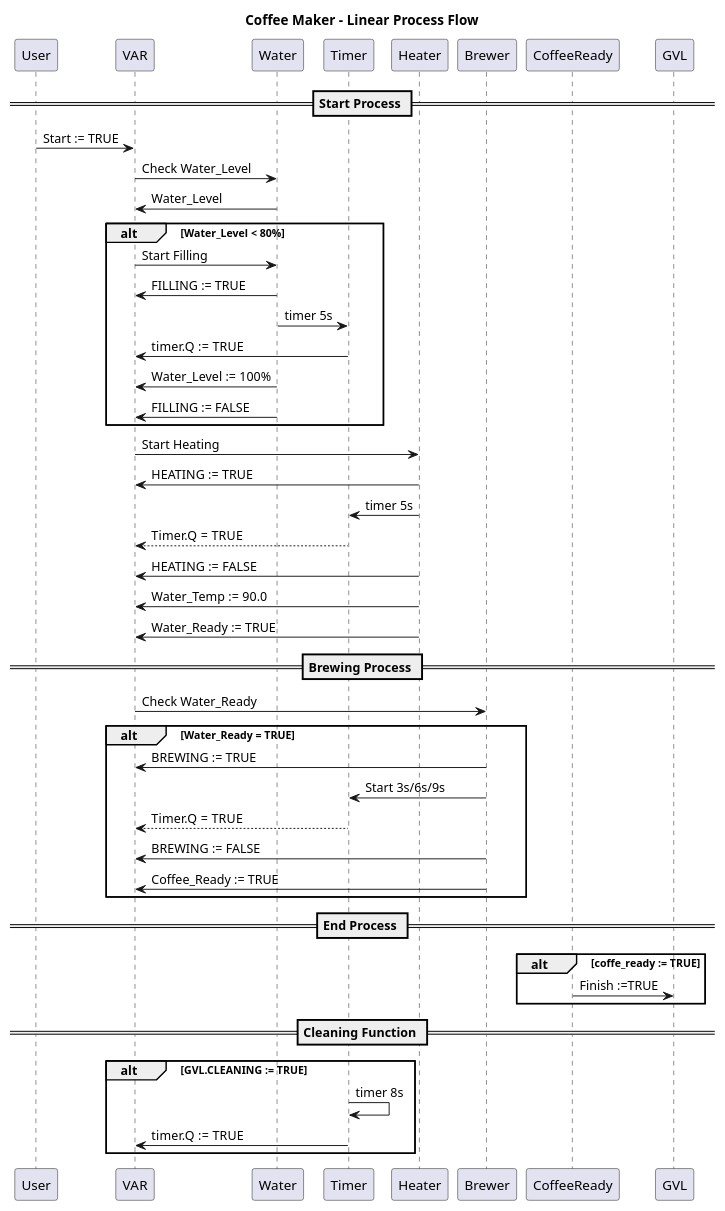
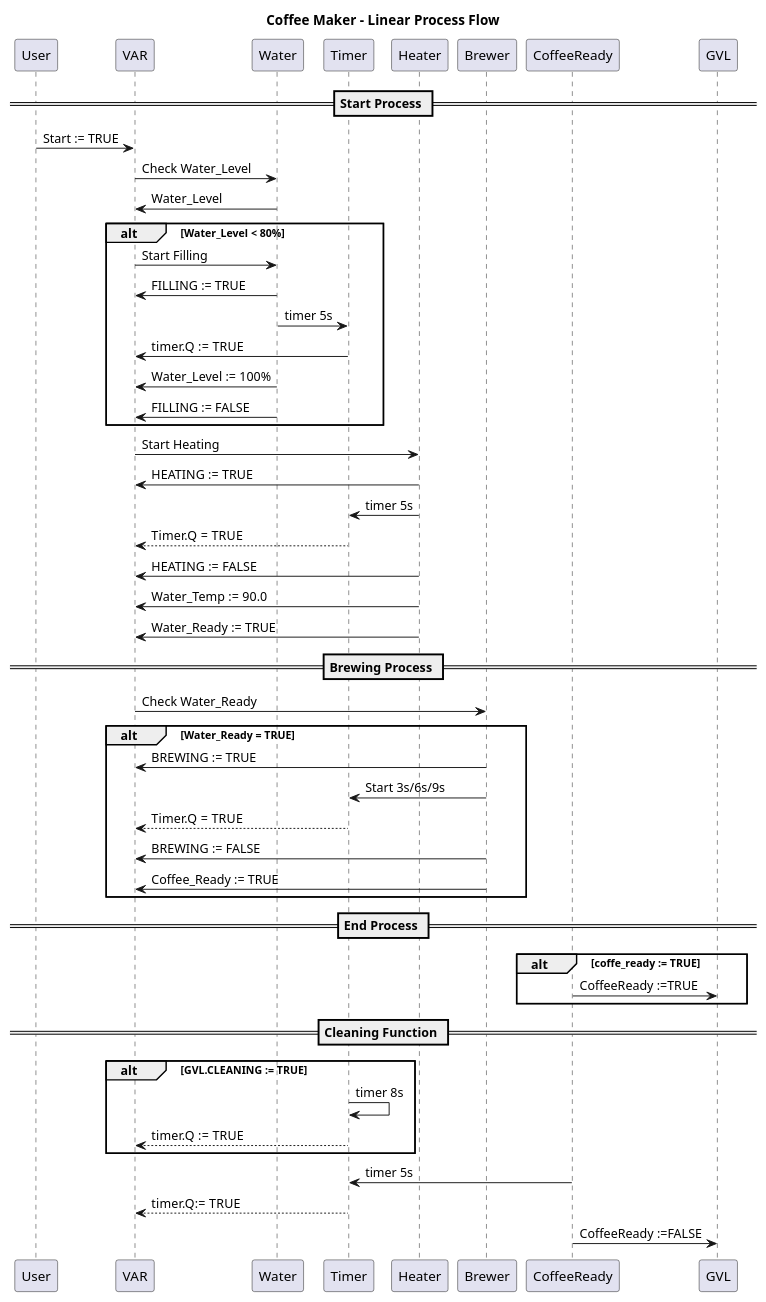
One commit to MicheleBossini/virtual-PLC changed the diagram in mdbook/src/chapter_2.md. Above: the diagram before and after it, drawn with PlantUML. The commit also changed 1 other file, not shown here.

Commit message:
improving task 1 in md book

````diff
--- a/mdbook/src/chapter_2.md
+++ b/mdbook/src/chapter_2.md
@@ -21,53 +21,55 @@
 ```plantuml
 @startuml
 title Coffee Maker - Linear Process Flow
 
 == Start Process ==
 
 User -> VAR : Start := TRUE
 
 VAR -> Water : Check Water_Level
 Water -> VAR : Water_Level
 
 alt Water_Level < 80%
 VAR -> Water : Start Filling
 Water -> VAR : FILLING := TRUE
 Water -> Timer : timer 5s
 Timer -> VAR : timer.Q := TRUE
 Water -> VAR : Water_Level := 100%
 Water -> VAR : FILLING := FALSE
 end
 
 VAR -> Heater : Start Heating
 Heater -> VAR : HEATING := TRUE
 Heater -> Timer : timer 5s
 Timer --> VAR : Timer.Q = TRUE
 Heater -> VAR : HEATING := FALSE
 Heater -> VAR : Water_Temp := 90.0
 Heater -> VAR : Water_Ready := TRUE
 
 == Brewing Process ==
 
 VAR -> Brewer : Check Water_Ready
 alt Water_Ready = TRUE
 Brewer -> VAR : BREWING := TRUE
 Brewer -> Timer : Start 3s/6s/9s
 Timer --> VAR : Timer.Q = TRUE
 Brewer -> VAR : BREWING := FALSE
 Brewer -> VAR : Coffee_Ready := TRUE
 end
 
 == End Process ==
 
 alt coffe_ready := TRUE
-CoffeeReady -> GVL : Finish :=TRUE
+CoffeeReady -> GVL : CoffeeReady :=TRUE
 end
 
 == Cleaning Function ==
 alt GVL.CLEANING := TRUE
 Timer -> Timer : timer 8s
-Timer -> VAR : timer.Q := TRUE
+Timer --> VAR : timer.Q := TRUE
 end
-
+CoffeeReady -> Timer : timer 5s
+Timer --> VAR : timer.Q:= TRUE
+CoffeeReady -> GVL : CoffeeReady :=FALSE
 @enduml
 ```
````
